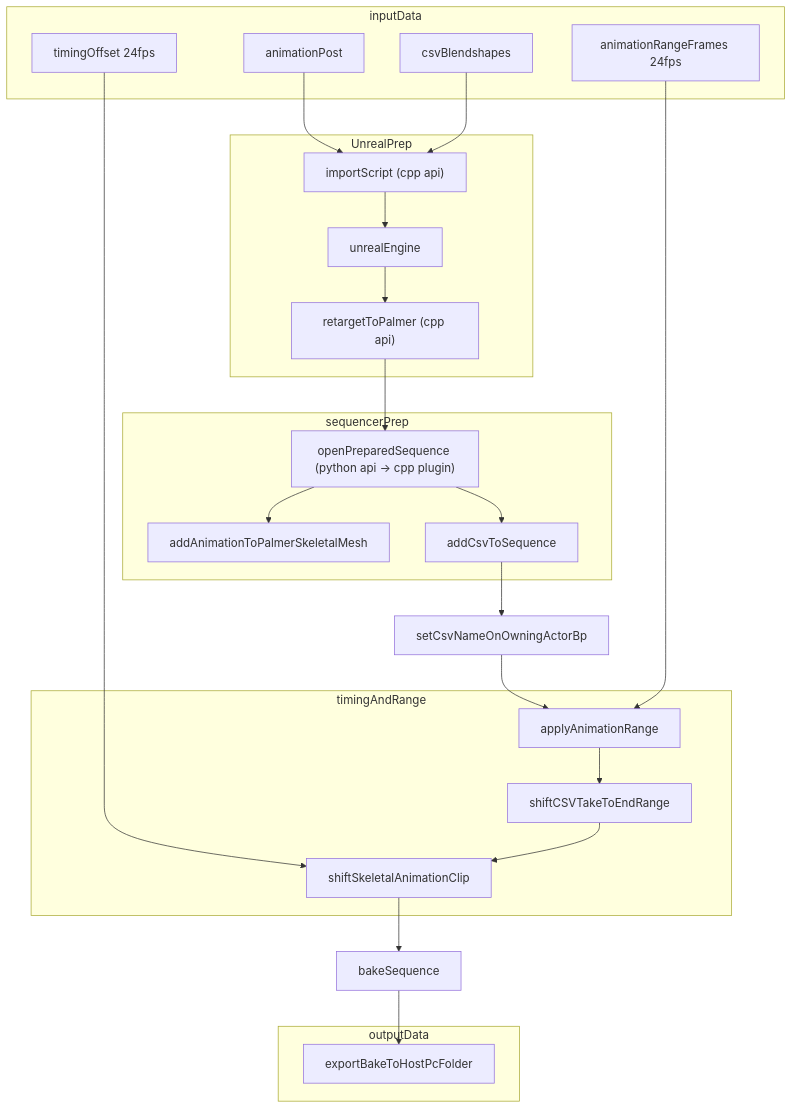
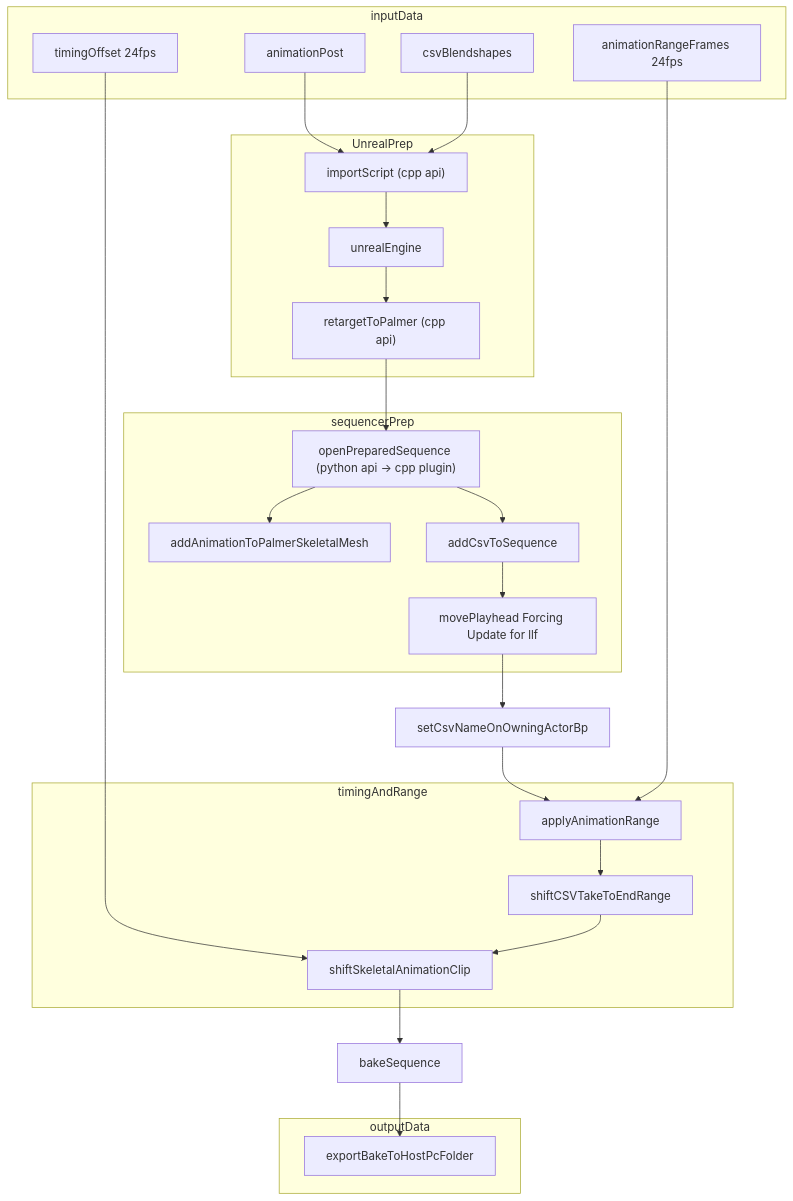
Before and after one commit to J-Andersen-UvA/ToucanVault: the diagram in ToDo/Bake Skel and bs together.md, drawn with Mermaid. The commit also changed other lines of this file, not shown here.

Commit message:
vault backup: 2026-03-09 14:34:31

````diff
--- a/ToDo/Bake Skel and bs together.md
+++ b/ToDo/Bake Skel and bs together.md
@@ -45,44 +45,45 @@
 ```mermaid
 flowchart TD
 
     subgraph inputData
         a1["timingOffset 24fps"]
         a3["animationRangeFrames 24fps"]
         a4["animationPost"]
         a5["csvBlendshapes"]
     end
 
 	subgraph UnrealPrep
 	    a4 --> b1["importScript (cpp api)"]
 	    a5 --> b1
 	
 	    b1 --> b2["unrealEngine"]
 	
 	    b2 --> c1["retargetToPalmer (cpp api)"]
 	end
 
 	subgraph sequencerPrep
 	    c1 --> d1["openPreparedSequence (python api -> cpp plugin)"]
 	
 	    d1 --> d2["addAnimationToPalmerSkeletalMesh"]
 	    d1 --> d3["addCsvToSequence"]
+	    d3 --> movePlayHead1["movePlayhead Forcing Update for llf"]
 	end
 
 	d4["setCsvNameOnOwningActorBp"]
-	d3 --> d4
+	movePlayHead1 --> d4
 	d4 --> d5
 
 	subgraph timingAndRange
 	    a3 --> d5["applyAnimationRange"]
 	    a1 --> d7["shiftSkeletalAnimationClip"]
 	    d5 --> d6["shiftCSVTakeToEndRange"]
 	    d6 --> d7
 	end
 
     d7 --> e1["bakeSequence"]
 
 	e1 --> f1["exportBakeToHostPcFolder"]
 	subgraph outputData
 		f1
 	end
 ```
````
